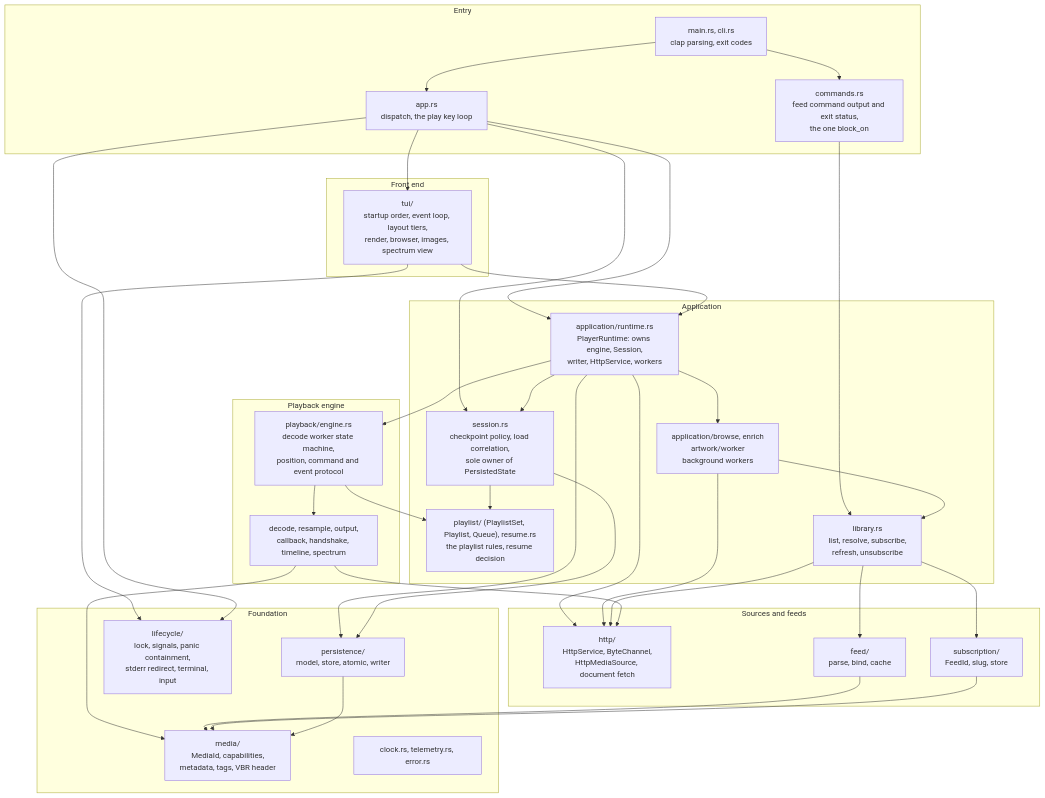
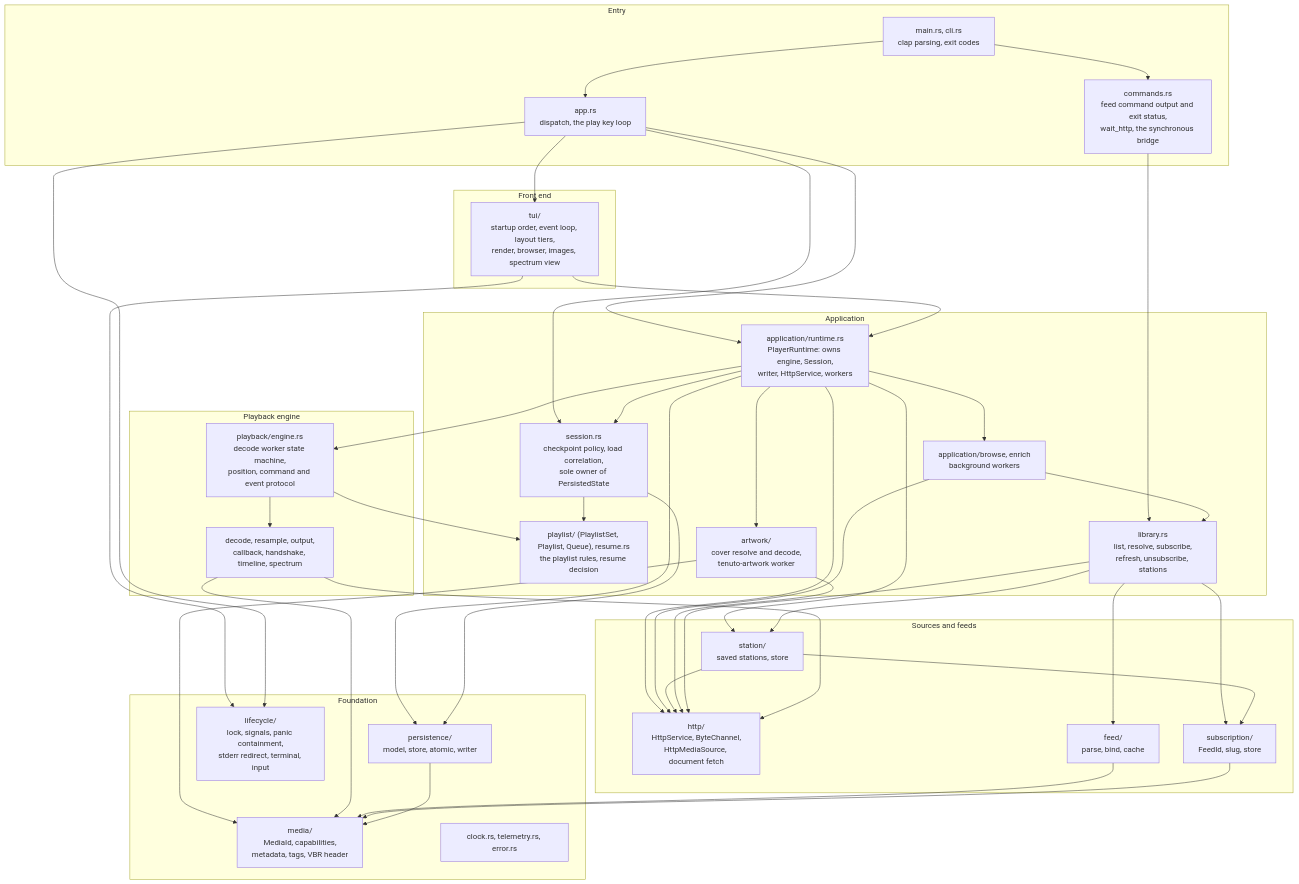
The third of 5 diagrams in docs/architecture.md (alvytsk/tenuto), drawn with Mermaid before and after one commit. The commit also changed other lines of this file and 14 other files, not shown here.

````diff
--- a/docs/architecture.md
+++ b/docs/architecture.md
@@ -106,67 +109,76 @@
 ```mermaid
 flowchart TB
     subgraph entry["Entry"]
         main["main.rs, cli.rs<br/>clap parsing, exit codes"]
         app["app.rs<br/>dispatch, the play key loop"]
-        commands["commands.rs<br/>feed command output and exit status,<br/>the one block_on"]
+        commands["commands.rs<br/>feed command output and exit status,<br/>wait_http, the synchronous bridge"]
     end
 
     subgraph front["Front end"]
         tui["tui/<br/>startup order, event loop, layout tiers,<br/>render, browser, images, spectrum view"]
     end
 
     subgraph appl["Application"]
         runtime["application/runtime.rs<br/>PlayerRuntime: owns engine, Session,<br/>writer, HttpService, workers"]
         session["session.rs<br/>checkpoint policy, load correlation,<br/>sole owner of PersistedState"]
         queue["playlist/ (PlaylistSet, Playlist, Queue), resume.rs<br/>the playlist rules, resume decision"]
-        library["library.rs<br/>list, resolve, subscribe,<br/>refresh, unsubscribe"]
-        workers["application/browse, enrich<br/>artwork/worker<br/>background workers"]
+        library["library.rs<br/>list, resolve, subscribe,<br/>refresh, unsubscribe, stations"]
+        workers["application/browse, enrich<br/>background workers"]
+        artwork["artwork/<br/>cover resolve and decode,<br/>tenuto-artwork worker"]
     end
 
     subgraph engine["Playback engine"]
         eng["playback/engine.rs<br/>decode worker state machine,<br/>position, command and event protocol"]
         pipe["decode, resample, output,<br/>callback, handshake, timeline, spectrum"]
     end
 
     subgraph sources["Sources and feeds"]
         http["http/<br/>HttpService, ByteChannel,<br/>HttpMediaSource, document fetch"]
         feed["feed/<br/>parse, bind, cache"]
         subscr["subscription/<br/>FeedId, slug, store"]
+        station["station/<br/>saved stations, store"]
     end
 
     subgraph base["Foundation"]
         media["media/<br/>MediaId, capabilities,<br/>metadata, tags, VBR header"]
         persist["persistence/<br/>model, store, atomic, writer"]
         lifecycle["lifecycle/<br/>lock, signals, panic containment,<br/>stderr redirect, terminal, input"]
         clock["clock.rs, telemetry.rs, error.rs"]
     end
 
     main --> app
     main --> commands
     app --> tui
     app --> runtime
     app --> session
     commands --> library
     tui --> runtime
     runtime --> session
     runtime --> eng
     runtime --> http
     runtime --> workers
+    runtime --> artwork
+    runtime --> station
     runtime --> persist
     workers --> library
     workers --> http
     session --> queue
     session --> persist
     library --> feed
     library --> subscr
+    library --> station
+    station --> subscr
+    station --> http
+    artwork --> http
+    artwork --> media
     library --> http
     eng --> pipe
     eng --> queue
     pipe --> http
     pipe --> media
     feed --> media
     subscr --> media
     persist --> media
     tui --> lifecycle
     app --> lifecycle
 ```
````
